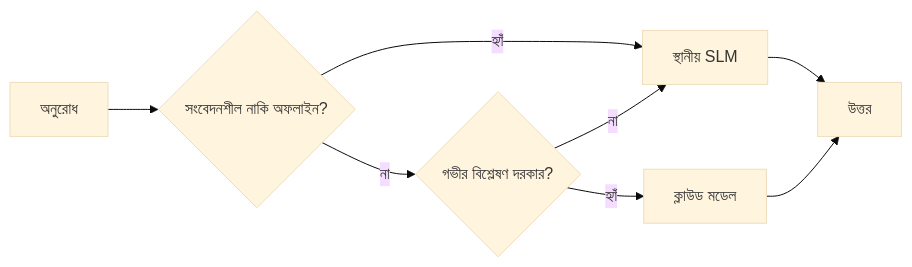
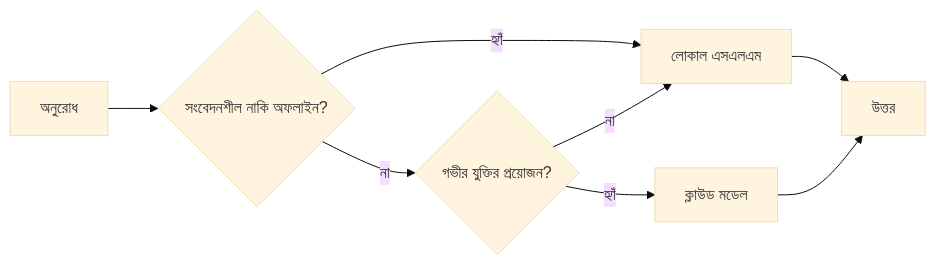
Before and after one commit to microsoft/ai-agents-for-beginners: the fourth of 4 diagrams in translations/bn/17-creating-local-ai-agents/README.md, drawn with Mermaid (base theme). The commit also changed other lines of this file and 45 other files, not shown here.

````diff
--- a/translations/bn/17-creating-local-ai-agents/README.md
+++ b/translations/bn/17-creating-local-ai-agents/README.md
@@ -156,10 +156,10 @@
 ```mermaid
 flowchart LR
     Q[অনুরোধ] --> S{সংবেদনশীল নাকি অফলাইন?}
-    S -->|হ্যাঁ| L[স্থানীয় SLM]
-    S -->|না| C{গভীর বিশ্লেষণ দরকার?}
+    S -->|হ্যাঁ| L[লোকাল এসএলএম]
+    S -->|না| C{গভীর যুক্তির প্রয়োজন?}
     C -->|না| L
     C -->|হ্যাঁ| Cloud[ক্লাউড মডেল]
     L --> Out[উত্তর]
     Cloud --> Out
 ```
````
